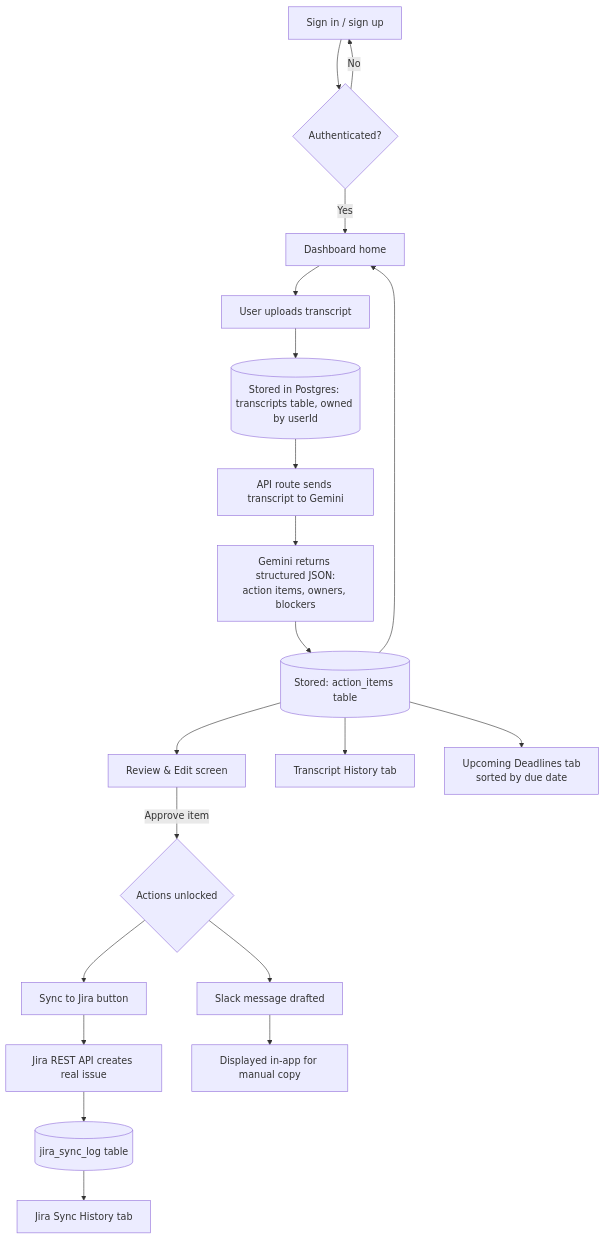
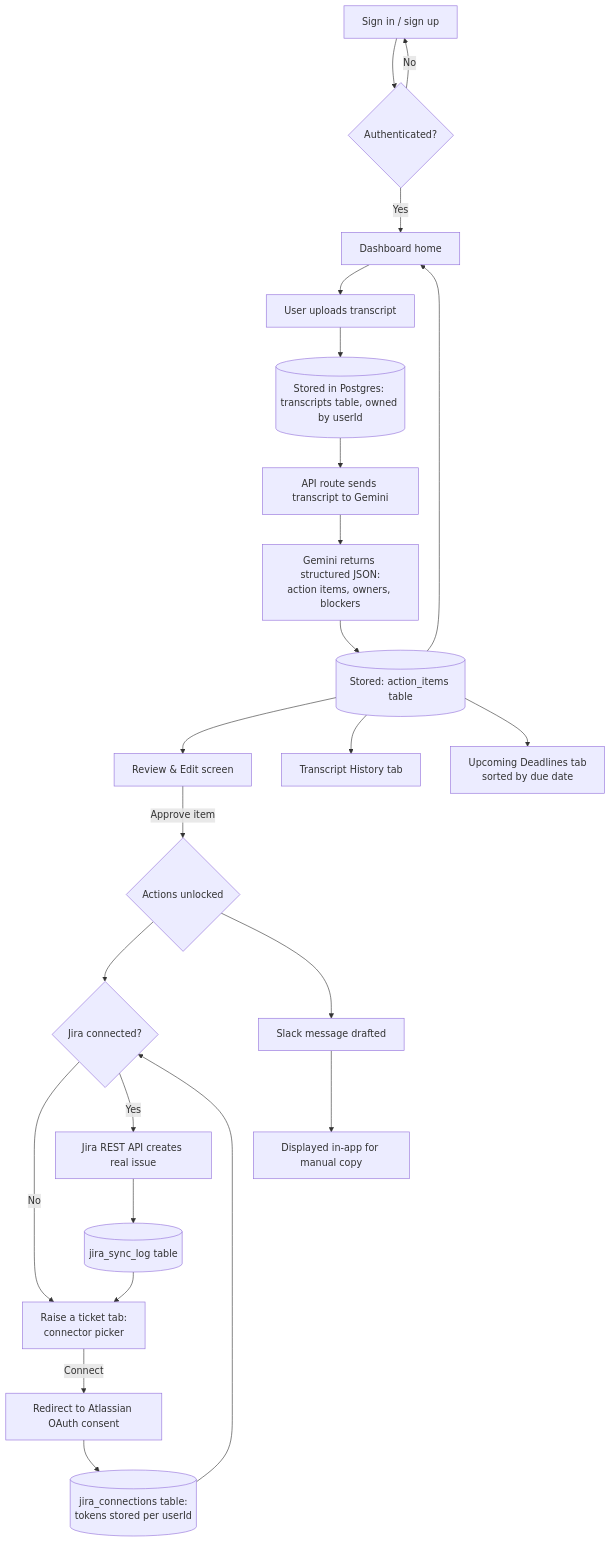
The diagram in architecture.md (sauravhippargi/syncpm), drawn with Mermaid before and after one commit. The commit also changed other lines of this file and 22 other files, not shown here.

````diff
--- a/architecture.md
+++ b/architecture.md
@@ -18,22 +18,26 @@
 ```mermaid
 flowchart TD
     Z[Sign in / sign up] --> Z2{Authenticated?}
     Z2 -->|No| Z
     Z2 -->|Yes| Dash[Dashboard home]
     Dash --> A[User uploads transcript]
     A --> B[(Stored in Postgres: transcripts table, owned by userId)]
     B --> C[API route sends transcript to Gemini]
     C --> D[Gemini returns structured JSON:\naction items, owners, blockers]
     D --> E[(Stored: action_items table)]
     E --> F[Review & Edit screen]
     F -->|Approve item| G{Actions unlocked}
-    G --> H[Sync to Jira button]
+    G --> H{Jira connected?}
+    H -->|No| R[Raise a ticket tab:\nconnector picker]
+    R -->|Connect| OA[Redirect to Atlassian OAuth consent]
+    OA --> OB[(jira_connections table:\ntokens stored per userId)]
+    OB --> H
+    H -->|Yes| J[Jira REST API creates real issue]
     G --> I[Slack message drafted]
-    H --> J[Jira REST API creates real issue]
     J --> K[(jira_sync_log table)]
     I --> L[Displayed in-app for manual copy]
     E --> M[Transcript History tab]
-    K --> N[Jira Sync History tab]
+    K --> R
     E --> O[Upcoming Deadlines tab\nsorted by due date]
     E --> Dash
 ```
````
